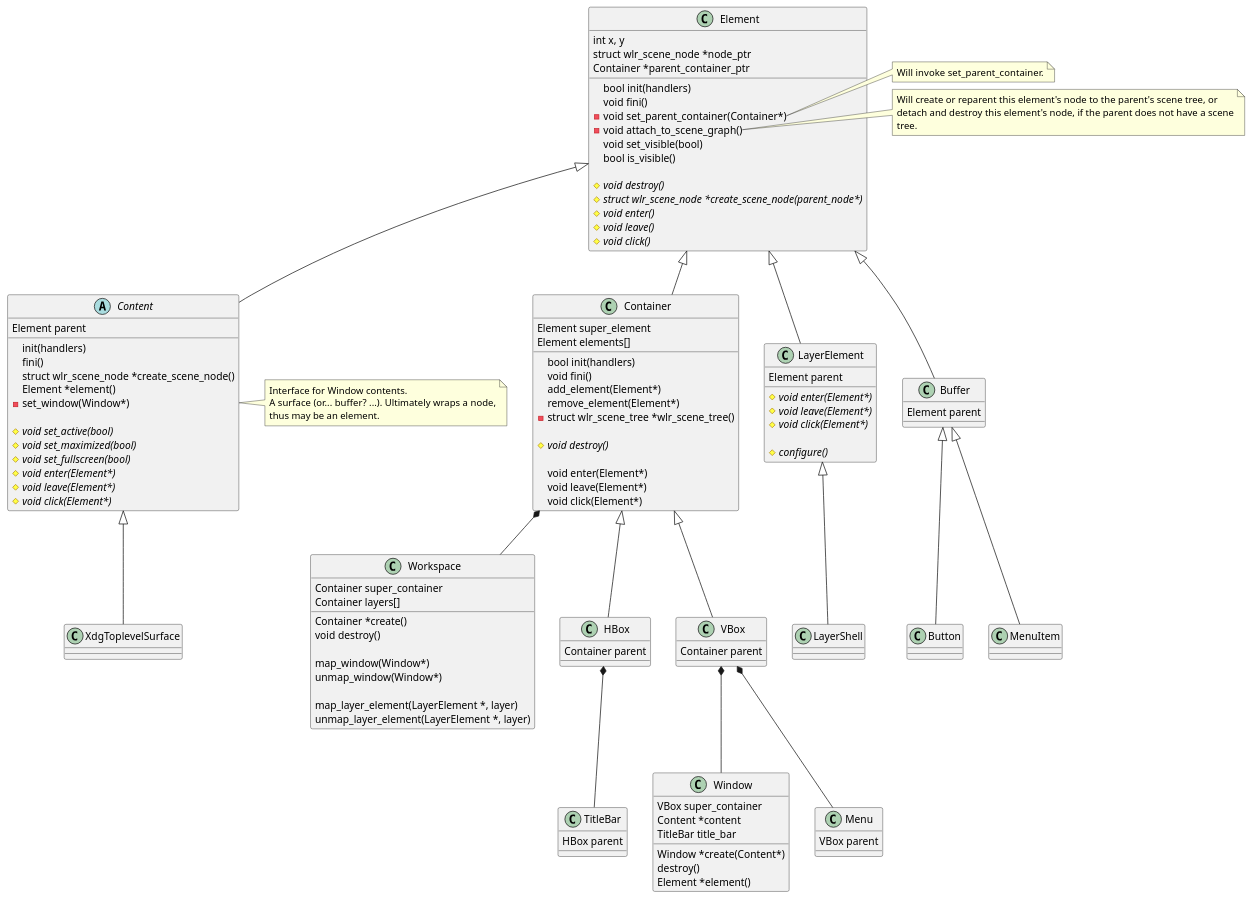
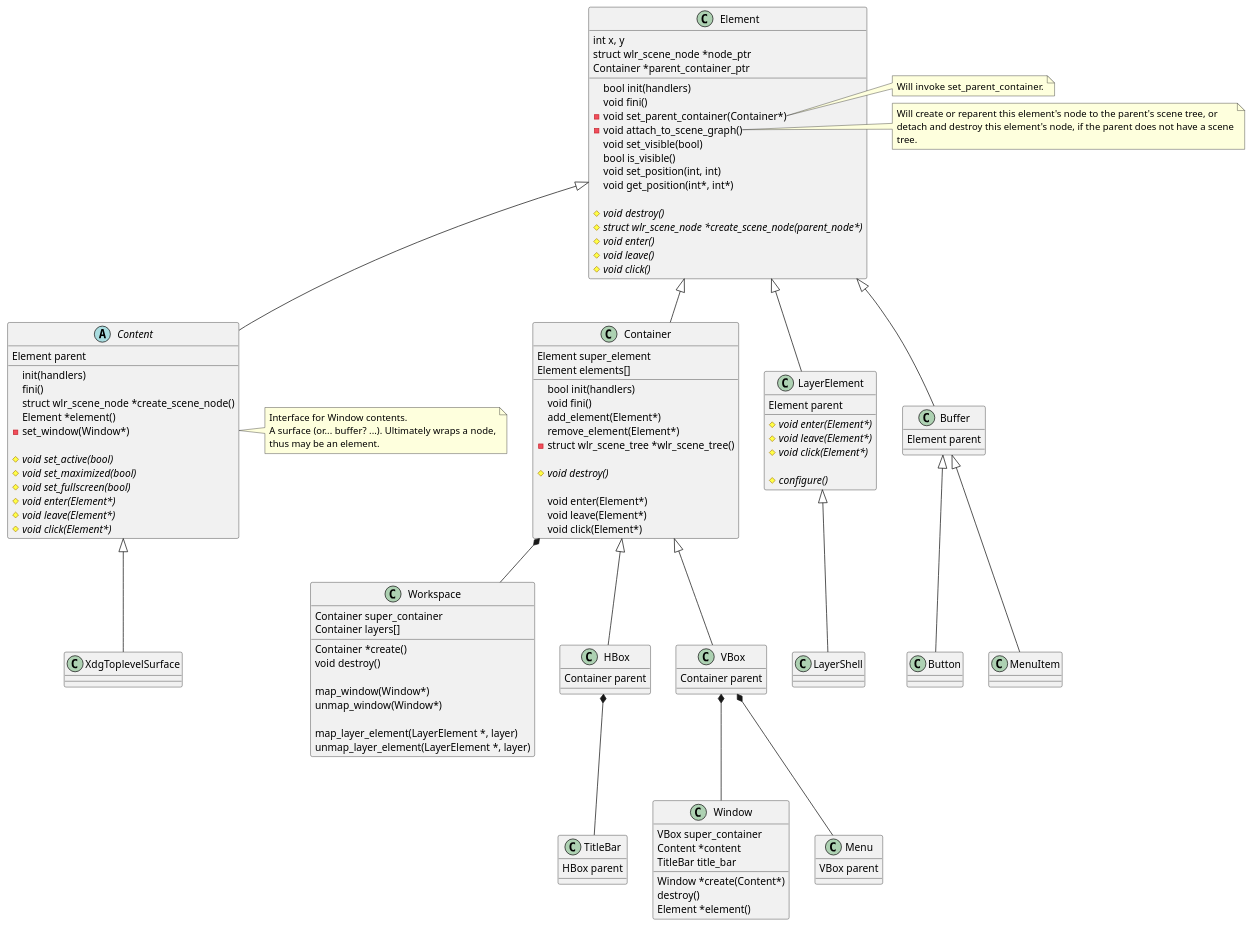
The first of 2 diagrams in src/toolkit/toolkit.md (phkaeser/wlmaker), drawn with PlantUML before and after one commit. The commit also changed 2 other files, not shown here.

Commit message:
Adds set_position and get_position for Element.

```diff
--- a/src/toolkit/toolkit.md
+++ b/src/toolkit/toolkit.md
@@ -34,6 +34,8 @@
   -void attach_to_scene_graph()
   void set_visible(bool)
   bool is_visible()
+  void set_position(int, int)
+  void get_position(int*, int*)
 
   {abstract}#void destroy()
   {abstract}#struct wlr_scene_node *create_scene_node(parent_node*)
```
